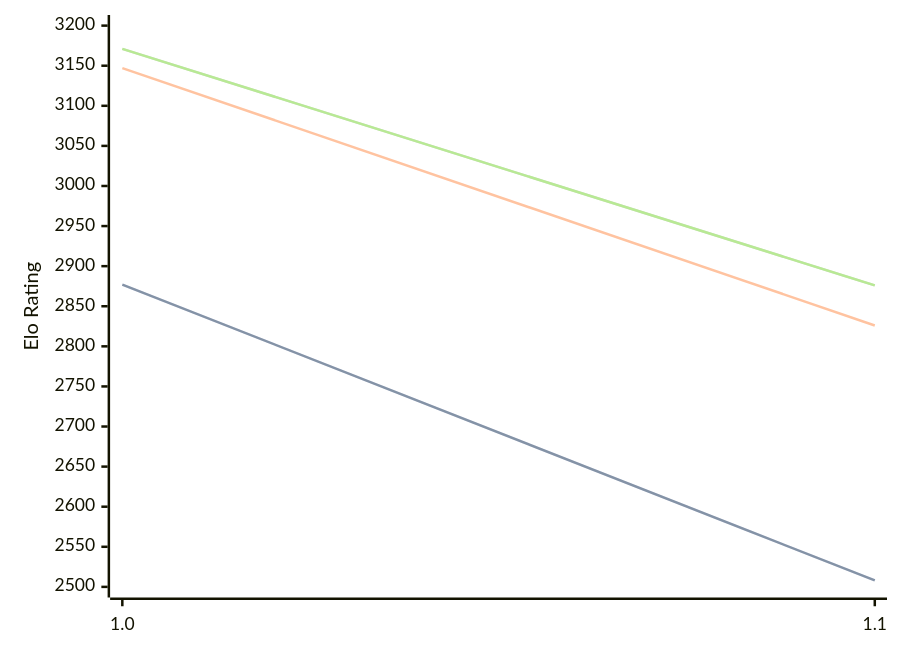
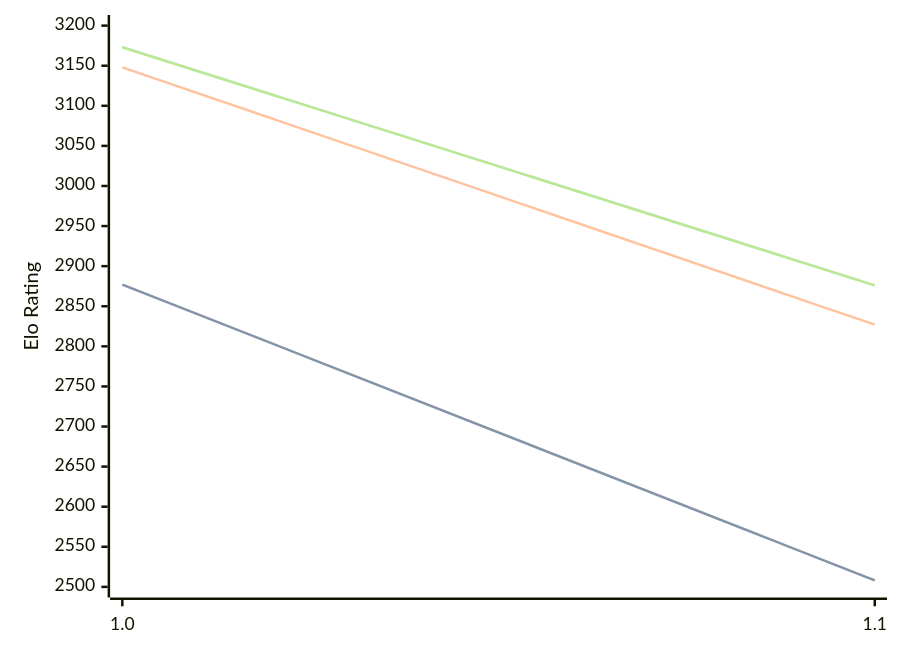
Before and after one commit to computer-chess-index/cci: the diagram in engines/Publius.md, drawn with Mermaid. The commit also changed other lines of this file, not shown here.

Commit message:
Update CCI Ratings (ELO VLTC) - 2026-02-18

````diff
--- a/engines/Publius.md
+++ b/engines/Publius.md
@@ -29,11 +29,11 @@
 ```mermaid
 %%{init: {"theme":"base","themeVariables":{"seriesColors:['#a3a3a3','#222221','#faa371']}}}%%
 xychart-beta
   x-axis ["1.0", "1.1"]
   y-axis "Elo Rating" 2500 --> 3200
   line "STC (8.0+0.08s)" [2877, 2508]
   line "STC (8.0+0.08s)" [2877, 2508]
-  line "LTC (60.0+0.60s)" [3147, 2826]
-  line "VLTC (2m24s+1.12s)" [3171, 2876]
-  line "VLTC (2m24s+1.12s)" [3171, 2876]
+  line "LTC (60.0+0.60s)" [3148, 2827]
+  line "VLTC (2m24s+1.12s)" [3173, 2876]
+  line "VLTC (2m24s+1.12s)" [3173, 2876]
 ```
````
